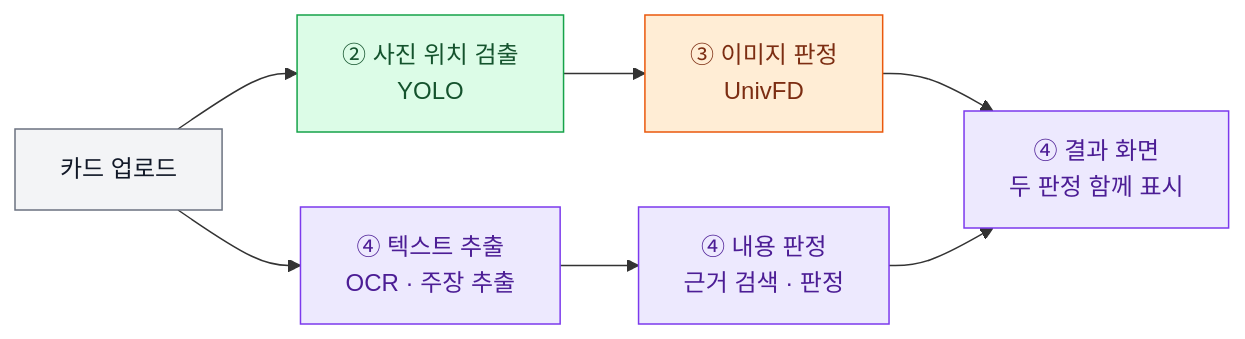
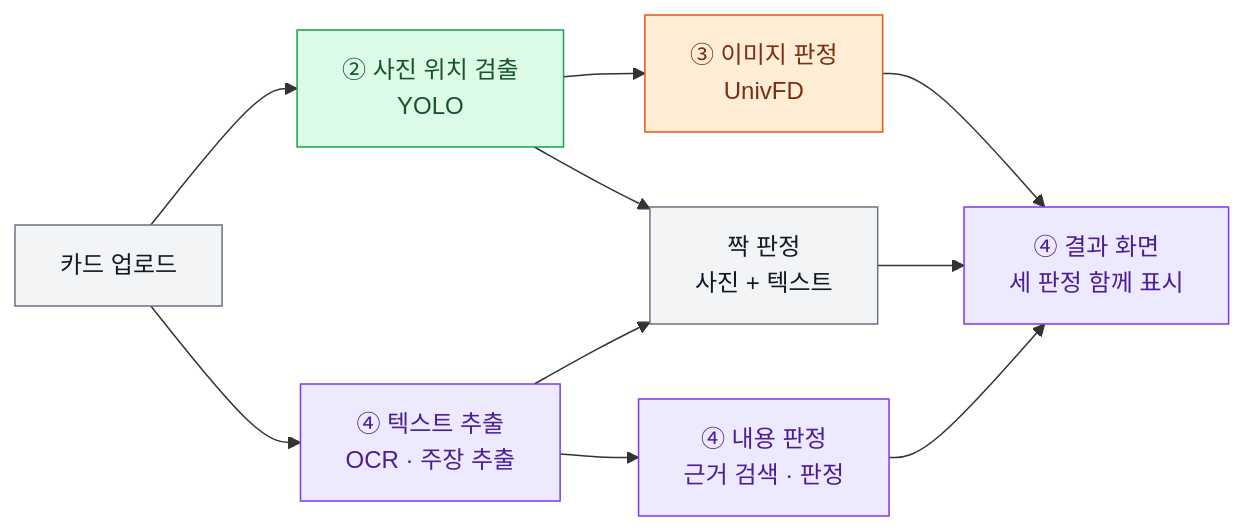
The second of 3 diagrams in PIPELINE.md (Grow22/DeepLearning_6team), drawn with Mermaid before and after one commit. The commit also changed other lines of this file and 7 other files, not shown here.

````diff
--- a/PIPELINE.md
+++ b/PIPELINE.md
@@ -52,18 +59,21 @@
 ```mermaid
 flowchart LR
     B1["카드 업로드"] --> B2["② 사진 위치 검출<br/>YOLO"]
     B2 --> B3["③ 이미지 판정<br/>UnivFD"]
     B1 --> B4["④ 텍스트 추출<br/>OCR · 주장 추출"]
     B4 --> B5["④ 내용 판정<br/>근거 검색 · 판정"]
-    B3 --> B6["④ 결과 화면<br/>두 판정 함께 표시"]
+    B2 --> B7["짝 판정<br/>사진 + 텍스트"]
+    B4 --> B7
+    B3 --> B6["④ 결과 화면<br/>세 판정 함께 표시"]
+    B7 --> B6
     B5 --> B6
 
     classDef base fill:#F3F4F6,stroke:#6B7280,color:#111827
     classDef r2 fill:#DCFCE7,stroke:#16A34A,color:#14532D
     classDef r3 fill:#FFEDD5,stroke:#EA580C,color:#7C2D12
     classDef r4 fill:#EDE9FE,stroke:#7C3AED,color:#4C1D95
-    class B1 base
+    class B1,B7 base
     class B2 r2
     class B3 r3
     class B4,B5,B6 r4
 ```
````
